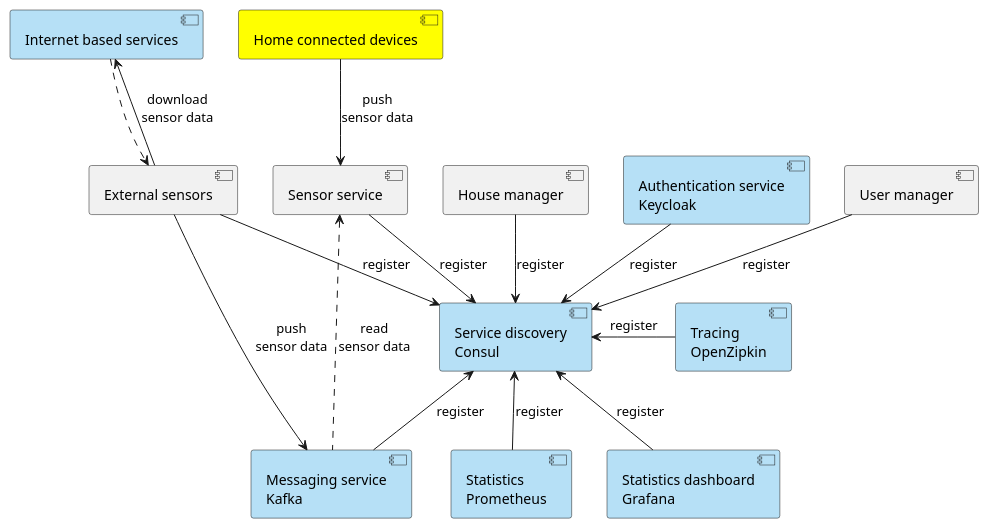
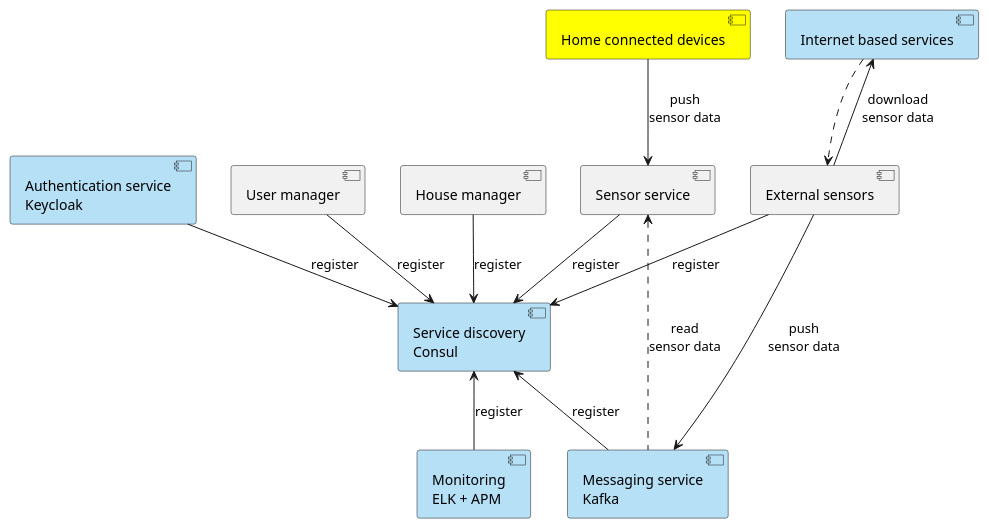
Before and after one commit to smart-home-oss/infra: the diagram in Bird Eye View.puml, drawn with PlantUML. The commit also changed other lines of this file, not shown here.

Commit message:
modified services from prometeus to ELK

```diff
--- a/Bird Eye View.puml
+++ b/Bird Eye View.puml
@@ -1,34 +2,31 @@
 @startuml
 component internet as "Internet based services"  #b6e0f6
 
 component messaging as "Messaging service\nKafka" #b6e0f6
 component discovery as "Service discovery\nConsul" #b6e0f6
 component sensors as "Sensor service"
 component user as "User manager"
 component house as "House manager"
 component auth as "Authentication service\nKeycloak" #b6e0f6
 component extSenors as "External sensors"
 component home as "Home connected devices" #Yellow
-component stats as "Statistics\nPrometheus" #b6e0f6
-component statsView as "Statistics dashboard\nGrafana" #b6e0f6
-component tracing as "Tracing\nOpenZipkin" #b6e0f6
+component stats as "Monitoring\nELK + APM" #b6e0f6
 
 internet <-- extSenors : download\nsensor data
 internet ..> extSenors
 
 messaging -up-> discovery : register
 extSenors --> discovery : register
 sensors --> discovery : register
 user --> discovery : register
 house --> discovery : register
 auth --> discovery : register
 stats -up-> discovery : register
-statsView -up-> discovery : register
-tracing -left-> discovery : register
+
 
 extSenors --> messaging : push\nsensor data
 sensors <.. messaging  : read\nsensor data
 
 home -down-> sensors : push\nsensor data
 
 @enduml
```
